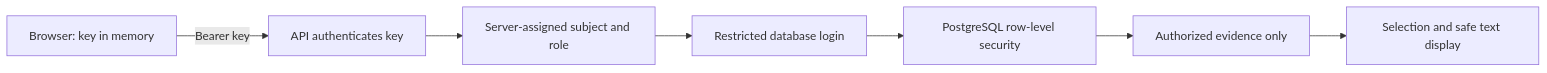
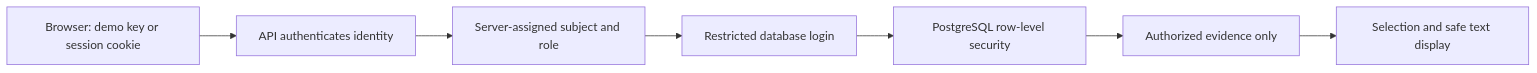
The diagram in docs/web-interface.md (Asritha7/opslens-ai), drawn with Mermaid before and after one commit. The commit also changed other lines of this file and 15 other files, not shown here.

````diff
--- a/docs/web-interface.md
+++ b/docs/web-interface.md
@@ -29,9 +31,9 @@
 ```mermaid
 flowchart LR
-    Browser[Browser: key in memory] -->|Bearer key| Auth[API authenticates key]
+    Browser[Browser: demo key or session cookie] --> Auth[API authenticates identity]
     Auth --> Identity[Server-assigned subject and role]
     Identity --> Reader[Restricted database login]
     Reader --> RLS[PostgreSQL row-level security]
     RLS --> Evidence[Authorized evidence only]
     Evidence --> Results[Selection and safe text display]
 ```
````
